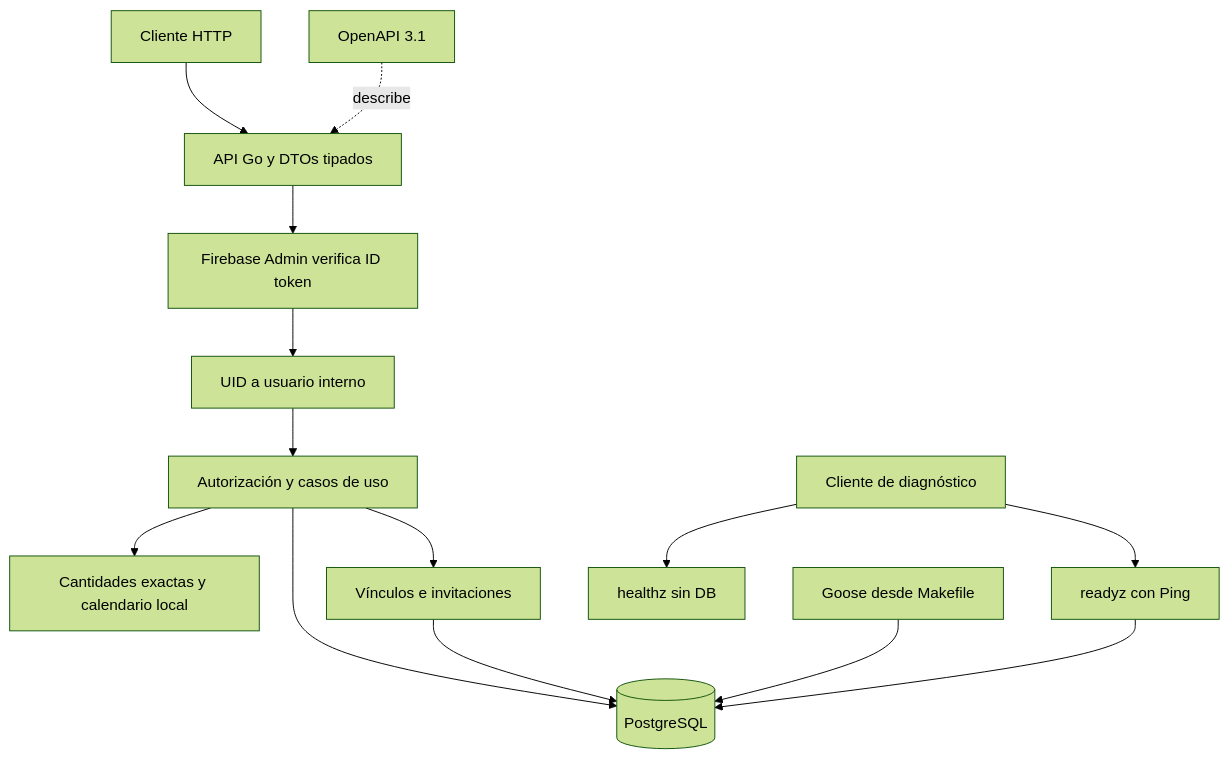
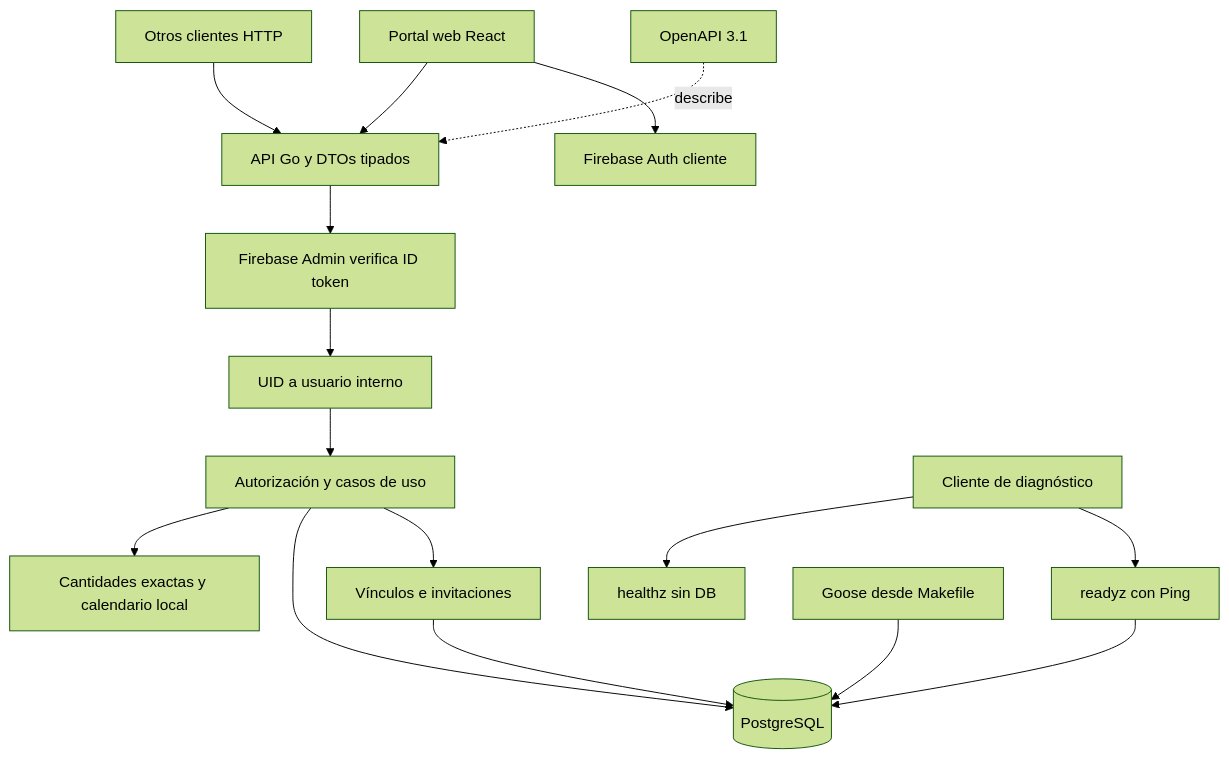
One commit to Nandem1/nndsk-medication-tracker changed the diagram in docs/00-home.md. Above: the diagram before and after it, drawn with Mermaid (forest theme). The commit also changed other lines of this file and 52 other files, not shown here.

Commit message:
feat: implement F3 caregiver web portal

````diff
--- a/docs/00-home.md
+++ b/docs/00-home.md
@@ -5,16 +5,18 @@
 ```mermaid
 flowchart TB
-    Client[Cliente HTTP] --> HTTP[API Go y DTOs tipados]
+    Web[Portal web React] --> HTTP[API Go y DTOs tipados]
+    Web --> Login[Firebase Auth cliente]
+    Client[Otros clientes HTTP] --> HTTP
     HTTP --> Identity[Firebase Admin verifica ID token]
     Identity --> User[UID a usuario interno]
     User --> UseCases[Autorización y casos de uso]
     UseCases --> Domain[Cantidades exactas y calendario local]
     UseCases --> DB[(PostgreSQL)]
     UseCases --> Consent[Vínculos e invitaciones]
     Consent --> DB
     Probe[Cliente de diagnóstico] --> Health[healthz sin DB]
     Probe --> Ready[readyz con Ping]
     Ready --> DB
     Goose[Goose desde Makefile] --> DB
     Contract[OpenAPI 3.1] -. describe .-> HTTP
 ```
````
